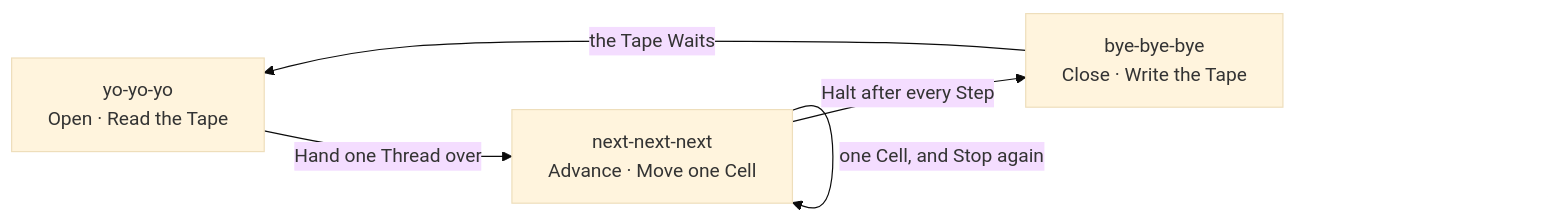
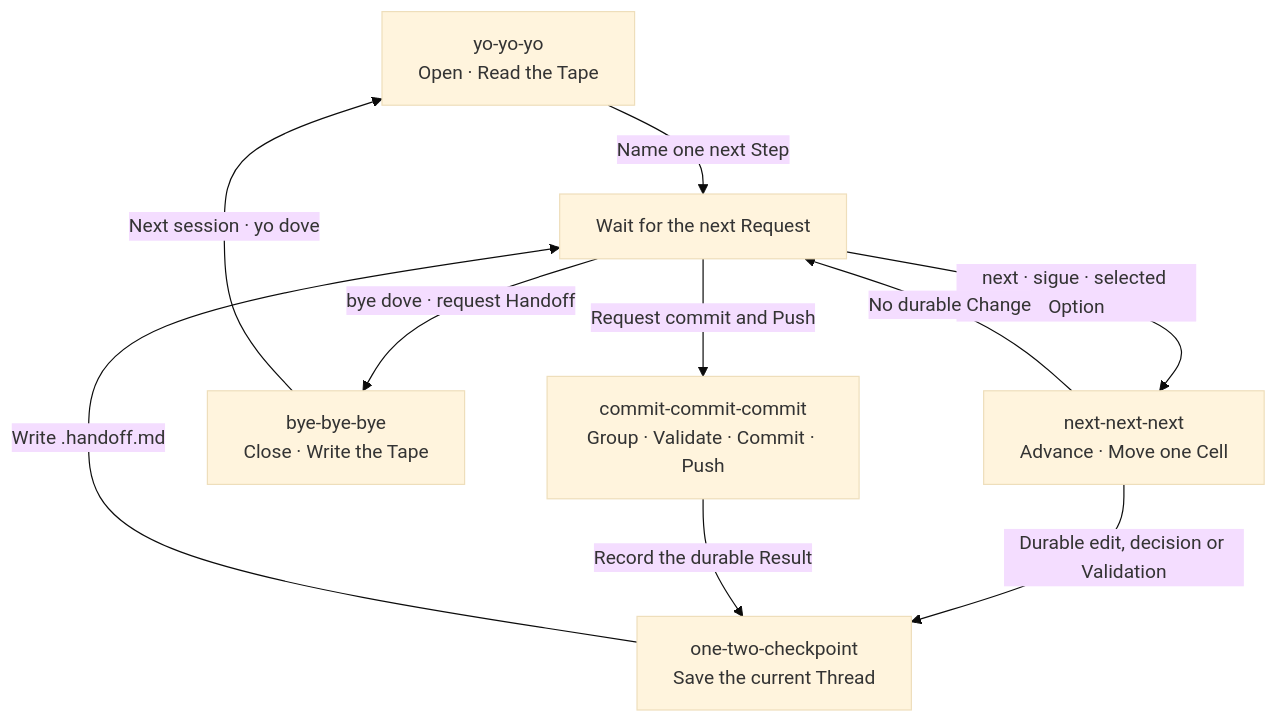
The diagram in patterns/the-lever-and-the-tape.md (cangrejometralleta/OneTwoThree), drawn with Mermaid (base theme) before and after one commit. The commit also changed other lines of this file and 2 other files, not shown here.

Commit message:
Updated flow and docs, pretty diagrams, *drowls

````diff
--- a/patterns/the-lever-and-the-tape.md
+++ b/patterns/the-lever-and-the-tape.md
@@ -7,11 +7,20 @@
 ```mermaid
-flowchart LR
+flowchart TD
     YO["yo-yo-yo<br/>Open · Read the Tape"]
     NEXT["next-next-next<br/>Advance · Move one Cell"]
     BYE["bye-bye-bye<br/>Close · Write the Tape"]
 
-    YO -- "Hand one Thread over" --> NEXT
-    NEXT -- "Halt after every Step" --> BYE
-    BYE -- "the Tape Waits" --> YO
-    NEXT -- "one Cell, and Stop again" --> NEXT
+    CHECKPOINT["one-two-checkpoint<br/>Save the current Thread"]
+    WAIT["Wait for the next Request"]
+    COMMIT["commit-commit-commit<br/>Group · Validate · Commit · Push"]
+
+    YO -- "Name one next Step" --> WAIT
+    WAIT -- "next · sigue · selected Option" --> NEXT
+    NEXT -- "Durable edit, decision or Validation" --> CHECKPOINT
+    CHECKPOINT -- "Write .handoff.md" --> WAIT
+    NEXT -- "No durable Change" --> WAIT
+    WAIT -- "Request commit and Push" --> COMMIT
+    COMMIT -- "Record the durable Result" --> CHECKPOINT
+    WAIT -- "bye dove · request Handoff" --> BYE
+    BYE -- "Next session · yo dove" --> YO
 ```
````
